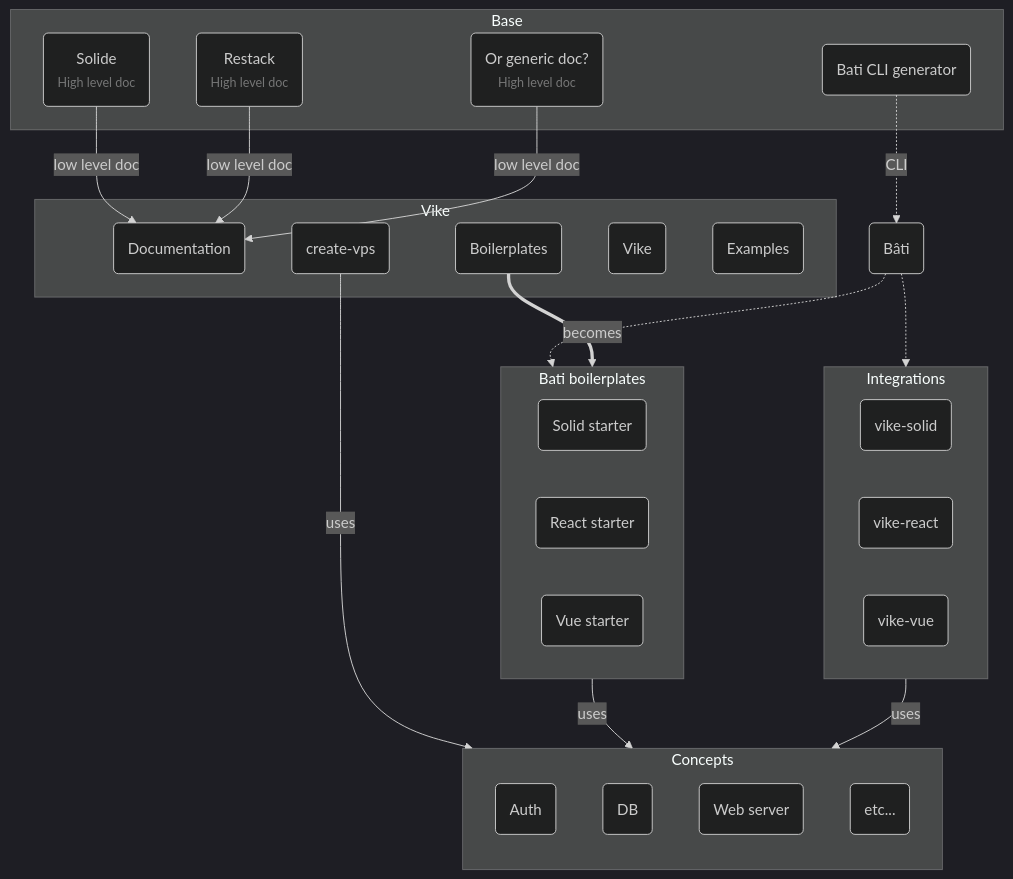
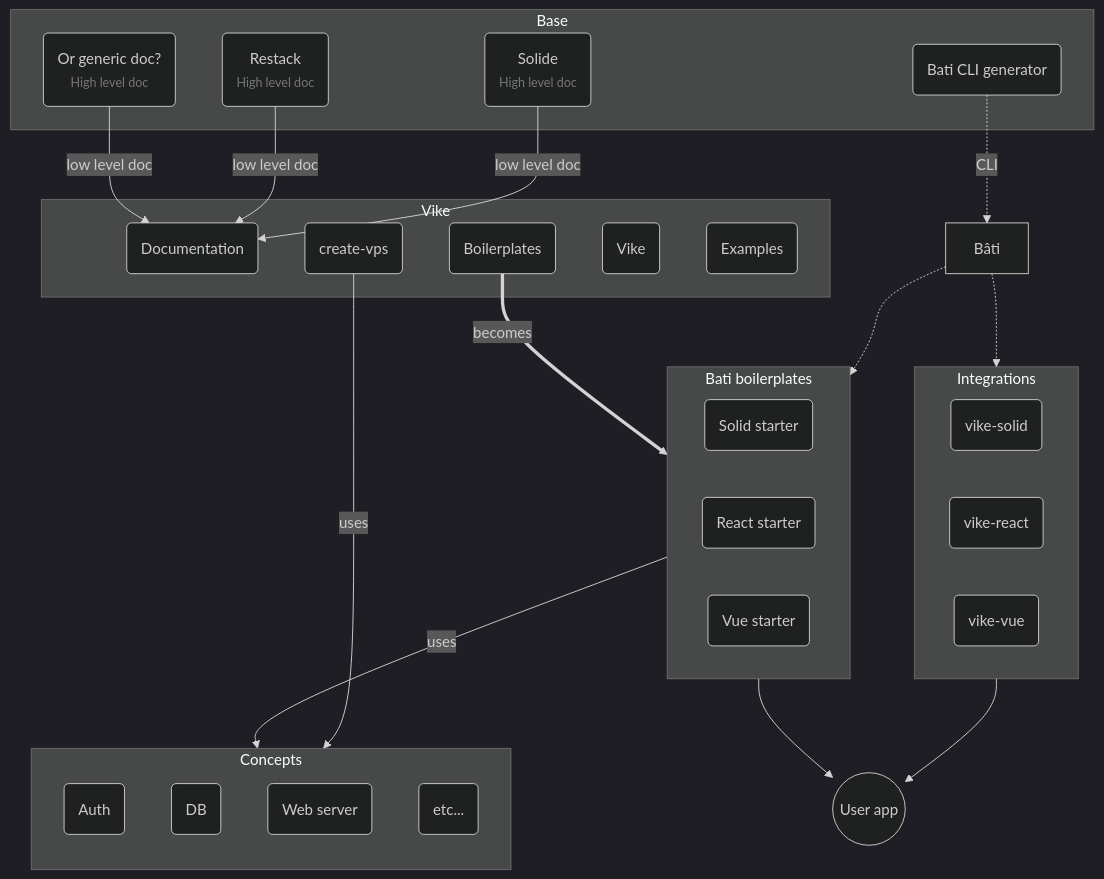
The diagram in doc/base.mmd (vikejs/bati), drawn with Mermaid before and after one commit.

```diff
--- a/doc/base.mmd
+++ b/doc/base.mmd
@@ -1,65 +1,68 @@
 %%{
   init: {
     "theme": "dark"
   }
 }%%
 
 flowchart TB
     Base_Solide -- low level doc --> Vike_doc
     Base_Restack -- low level doc --> Vike_doc
     Base_generic -- low level doc --> Vike_doc
     Base_bati_CLI -. CLI .-> Bati
     Bati -.-> Boilerplates
     Bati -.-> Integrations
     Vike_boilerplates == becomes ==> Boilerplates
     Vike_create -- uses --> Concepts
     Boilerplates -- uses --> Concepts
-    Integrations -- uses --> Concepts
+    Integrations --> Final
+    Boilerplates --> Final
 
-    Bati("Bâti")
+    Bati["Bâti"]
+
+    Final(("User app"))
 
     subgraph Base
         Base_bati_CLI("
             Bati CLI generator
         ")
         Base_Solide("
             Solide
             <small style='opacity: 0.5'>High level doc</small>
         ")
         Base_Restack("
             Restack
             <small style='opacity: 0.5'>High level doc</small>
         ")
         Base_generic("
             Or generic doc?
             <small style='opacity: 0.5'>High level doc</small>
         ")
     end
 
     subgraph Vike
         Vike_lib("Vike")
         Vike_boilerplates("Boilerplates")
         Vike_doc("Documentation")
         Vike_create("create-vps")
         Vike_examples("Examples")
     end
 
     subgraph Integrations
         Starters_solid("vike-solid")
         Starters_react("vike-react")
         Starters_vue("vike-vue")
     end
 
     subgraph Boilerplates["Bati boilerplates"]
         Boilerplates_solid("Solid starter")
         Boilerplates_react("React starter")
         Boilerplates_vue("Vue starter")
     end
 
     subgraph Concepts
         direction TB
         Concepts_auth("Auth")
         Concepts_db("DB")
         Concepts_web("Web server")
         Concepts_etc("etc...")
     end
```
